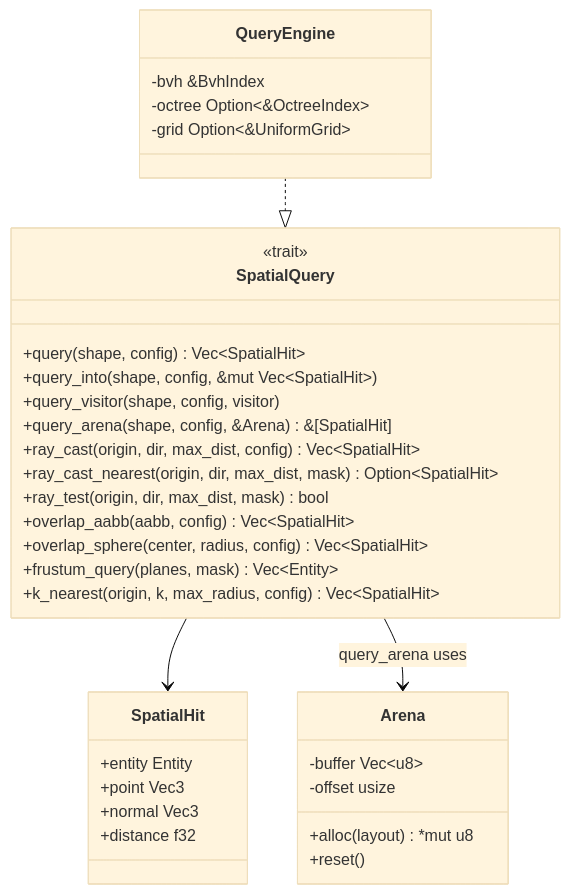
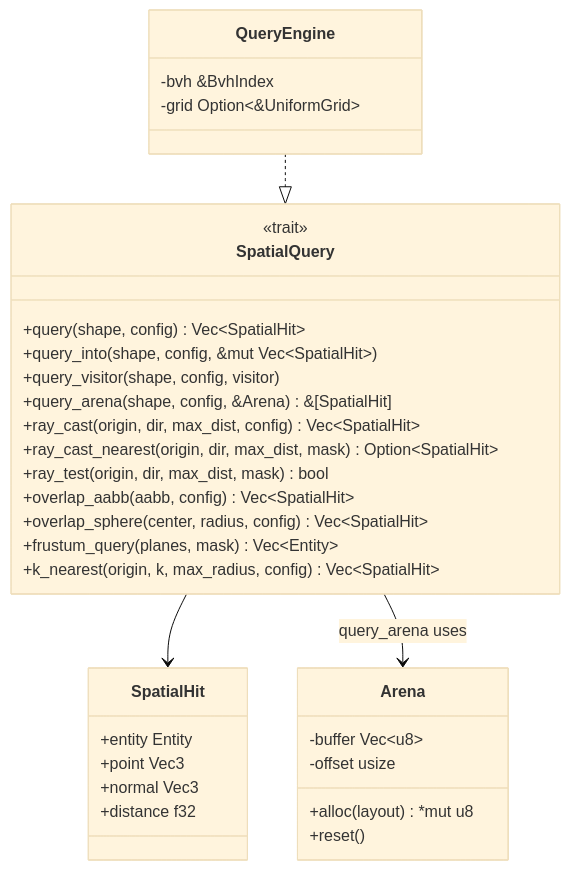
The seventh of 7 diagrams in docs/design/core-runtime/spatial-index.md (harmonius-dev/harmonius), drawn with Mermaid (base theme) before and after one commit. The commit also changed other lines of this file and 174 other files, not shown here.

````diff
--- a/docs/design/core-runtime/spatial-index.md
+++ b/docs/design/core-runtime/spatial-index.md
@@ -1893,41 +2006,40 @@
 ```mermaid
 classDiagram
     class SpatialQuery {
         <<trait>>
         +query(shape, config) Vec~SpatialHit~
         +query_into(shape, config, &mut Vec~SpatialHit~)
         +query_visitor(shape, config, visitor)
         +query_arena(shape, config, &Arena) &[SpatialHit]
         +ray_cast(origin, dir, max_dist, config) Vec~SpatialHit~
         +ray_cast_nearest(origin, dir, max_dist, mask) Option~SpatialHit~
         +ray_test(origin, dir, max_dist, mask) bool
         +overlap_aabb(aabb, config) Vec~SpatialHit~
         +overlap_sphere(center, radius, config) Vec~SpatialHit~
         +frustum_query(planes, mask) Vec~Entity~
         +k_nearest(origin, k, max_radius, config) Vec~SpatialHit~
     }
 
     class QueryEngine {
         -bvh &BvhIndex
-        -octree Option~&OctreeIndex~
         -grid Option~&UniformGrid~
     }
 
     class SpatialHit {
         +entity Entity
         +point Vec3
         +normal Vec3
         +distance f32
     }
 
     class Arena {
         -buffer Vec~u8~
         -offset usize
         +alloc(layout) *mut u8
         +reset()
     }
 
     QueryEngine ..|> SpatialQuery
     SpatialQuery --> SpatialHit
     SpatialQuery --> Arena : query_arena uses
 ```
````
